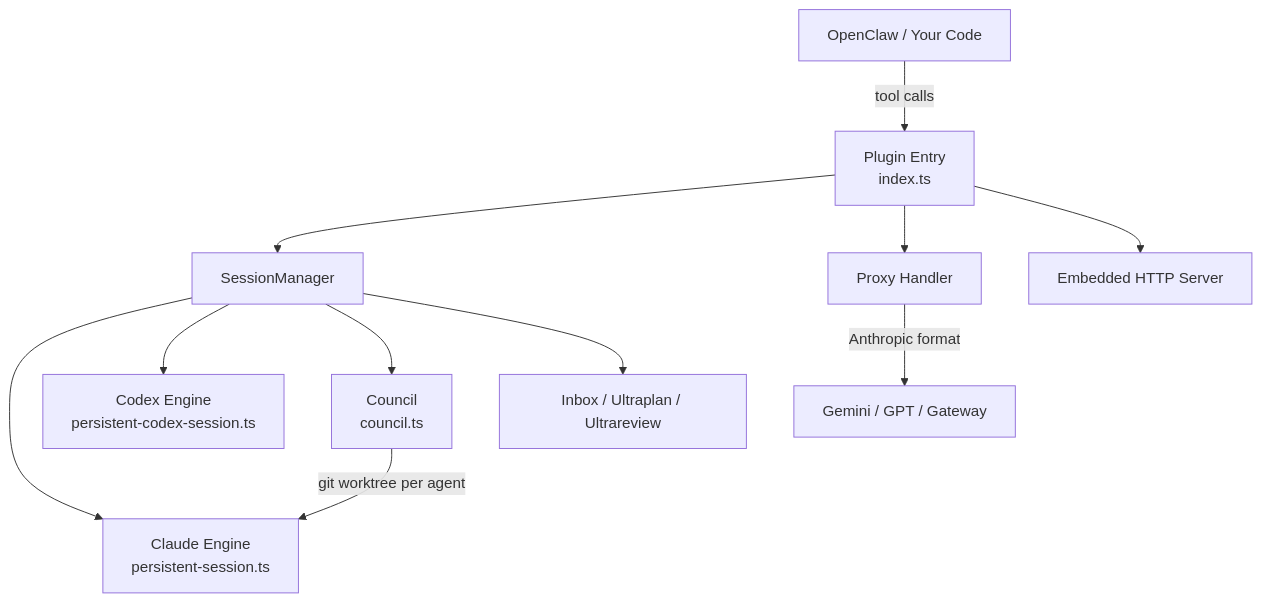
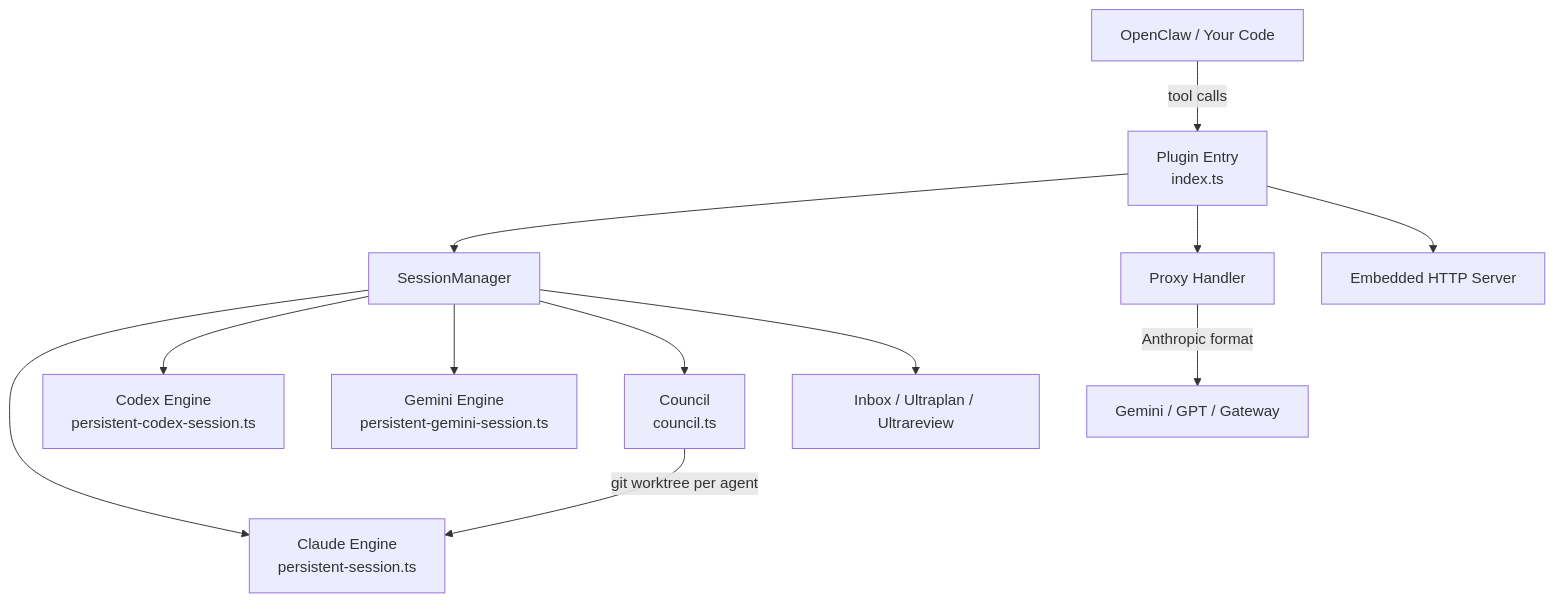
The diagram in README.md (Stars1233/openclaw-claude-code), drawn with Mermaid before and after one commit. The commit also changed other lines of this file and 1 other file, not shown here.

First line of the commit message:
docs: sync README and CLAUDE.md with Gemini engine addition

````diff
--- a/README.md
+++ b/README.md
@@ -130,13 +133,14 @@
 ```mermaid
 graph TD
     A[OpenClaw / Your Code] -->|tool calls| B[Plugin Entry<br/>index.ts]
     B --> C[SessionManager]
     C --> D[Claude Engine<br/>persistent-session.ts]
     C --> E[Codex Engine<br/>persistent-codex-session.ts]
+    C --> K[Gemini Engine<br/>persistent-gemini-session.ts]
     C --> F[Council<br/>council.ts]
     C --> G[Inbox / Ultraplan / Ultrareview]
     F -->|git worktree per agent| D
     B --> H[Proxy Handler]
     H -->|Anthropic format| I[Gemini / GPT / Gateway]
     B --> J[Embedded HTTP Server]
 ```
````
